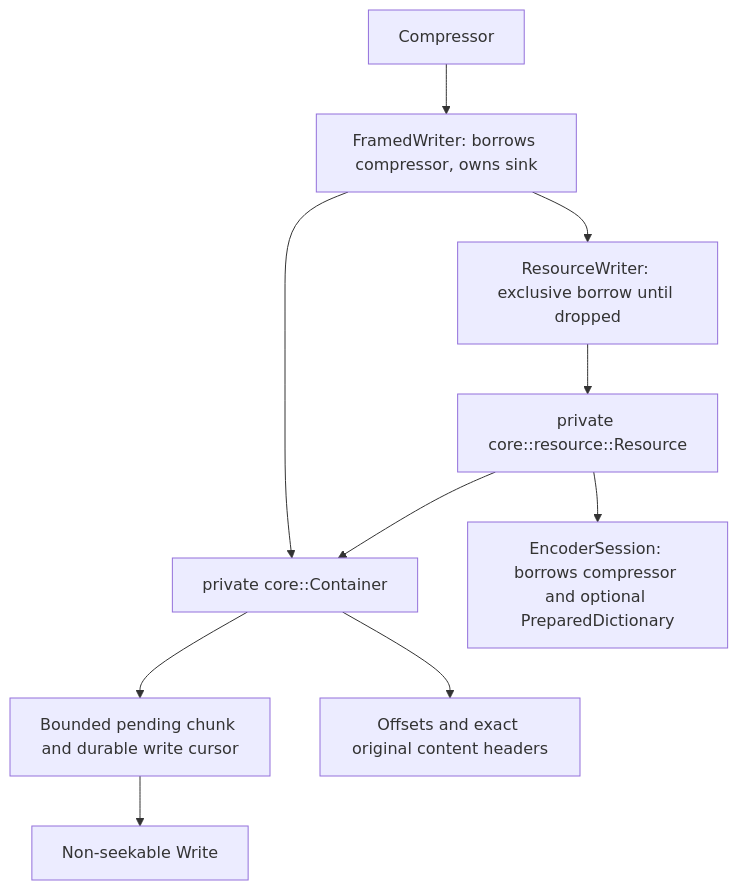
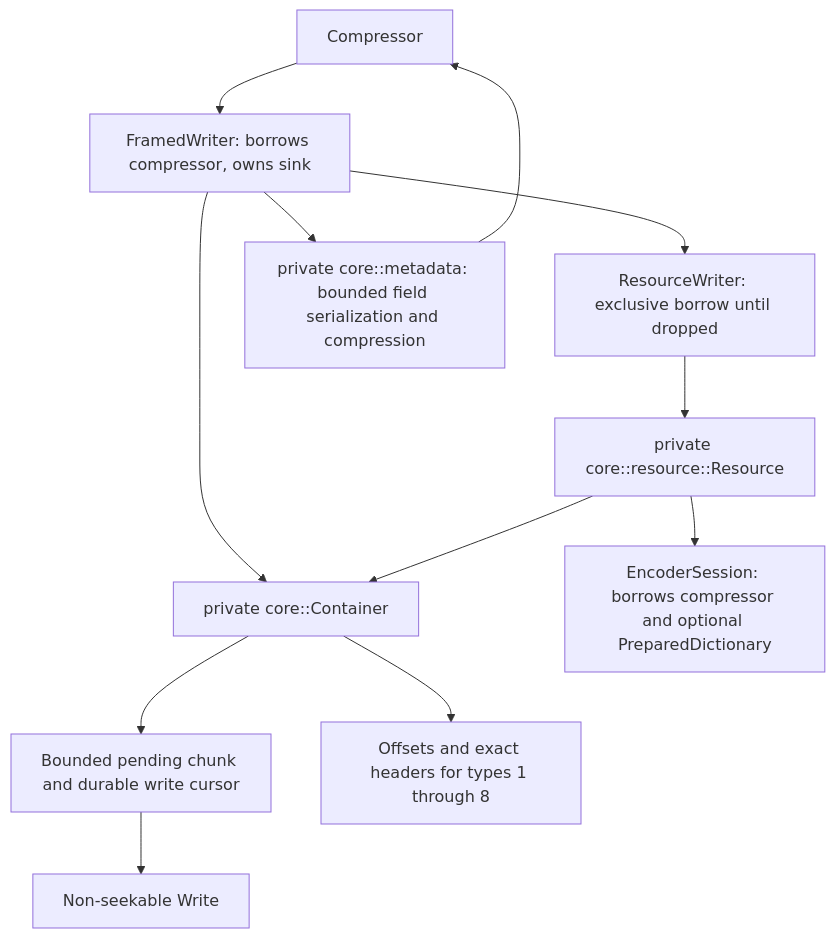
The first of 3 diagrams in architecture/framing.md (Mnwa/mbrotli), drawn with Mermaid before and after one commit. The commit also changed other lines of this file and 19 other files, not shown here.

````diff
--- a/architecture/framing.md
+++ b/architecture/framing.md
@@ -8,12 +8,14 @@
 ```mermaid
 graph TD
     compressor[Compressor] --> writer[FramedWriter: borrows compressor, owns sink]
     writer --> container[private core::Container]
     writer --> resource[ResourceWriter: exclusive borrow until dropped]
     resource --> mechanics[private core::resource::Resource]
     mechanics --> session[EncoderSession: borrows compressor and optional PreparedDictionary]
     mechanics --> container
     container --> queue[Bounded pending chunk and durable write cursor]
-    container --> directory[Offsets and exact original content headers]
+    container --> directory[Offsets and exact headers for types 1 through 8]
+    writer --> metadata[private core::metadata: bounded field serialization and compression]
+    metadata --> compressor
     queue --> sink[Non-seekable Write]
 ```
````
